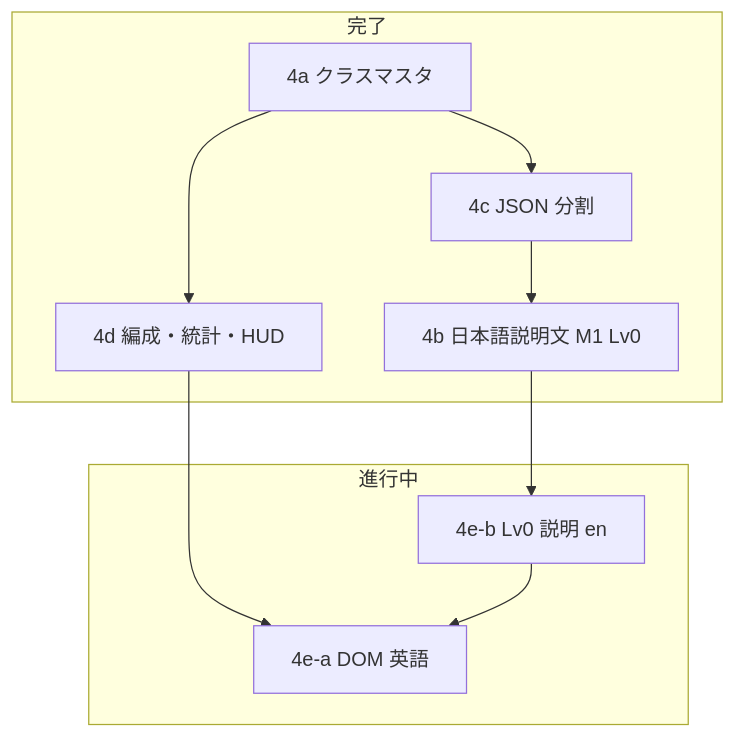
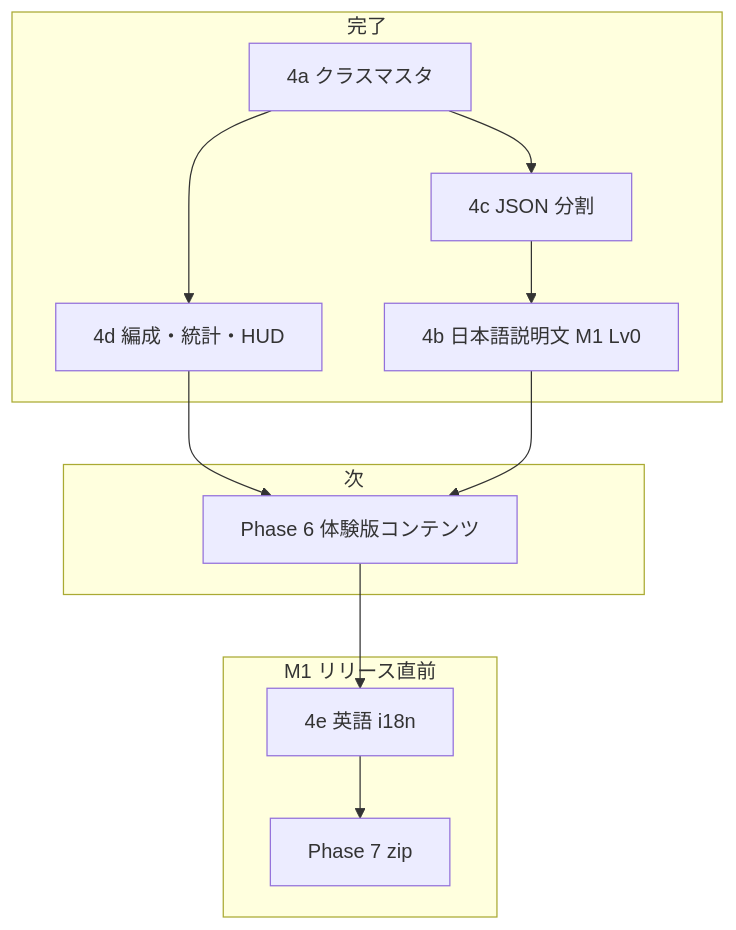
Before and after one commit to sucRo0629/auto-battle-idle: the diagram in docs/plans/phase-4-roadmap.md, drawn with Mermaid. The commit also changed other lines of this file and 8 other files, not shown here.

````diff
--- a/docs/plans/phase-4-roadmap.md
+++ b/docs/plans/phase-4-roadmap.md
@@ -56,19 +56,23 @@
 ```mermaid
 flowchart TD
   subgraph done [完了]
     A4a[4a クラスマスタ]
     A4c[4c JSON 分割]
     B4b[4b 日本語説明文 M1 Lv0]
     B4d[4d 編成・統計・HUD]
   end
-  subgraph wip [進行中]
-    E4eA[4e-a DOM 英語]
-    E4eB[4e-b Lv0 説明 en]
+  subgraph phase6 [次]
+    P6[Phase 6 体験版コンテンツ]
+  end
+  subgraph m1pre [M1 リリース直前]
+    E4e[4e 英語 i18n]
+    P7[Phase 7 zip]
   end
   A4a --> A4c
   A4a --> B4d
   A4c --> B4b
-  B4b --> E4eB
-  B4d --> E4eA
-  E4eB --> E4eA
+  B4d --> P6
+  B4b --> P6
+  P6 --> E4e
+  E4e --> P7
 ```
````
